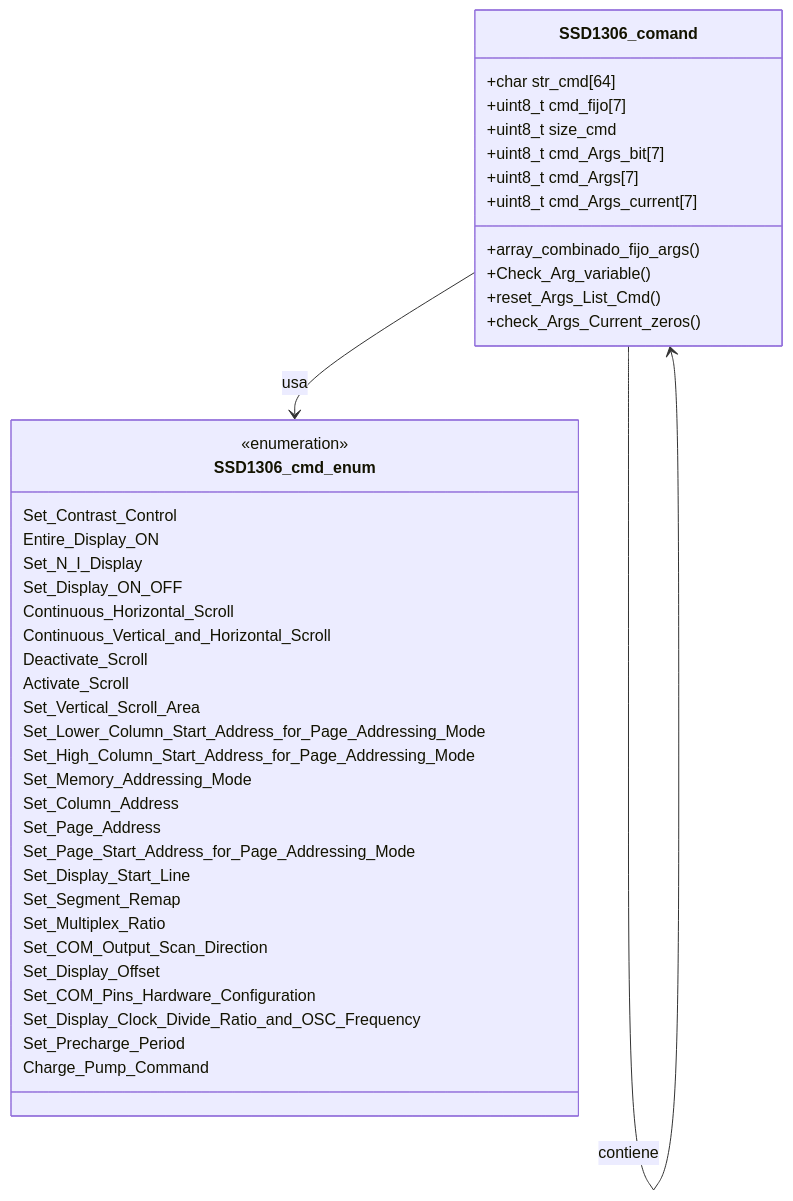
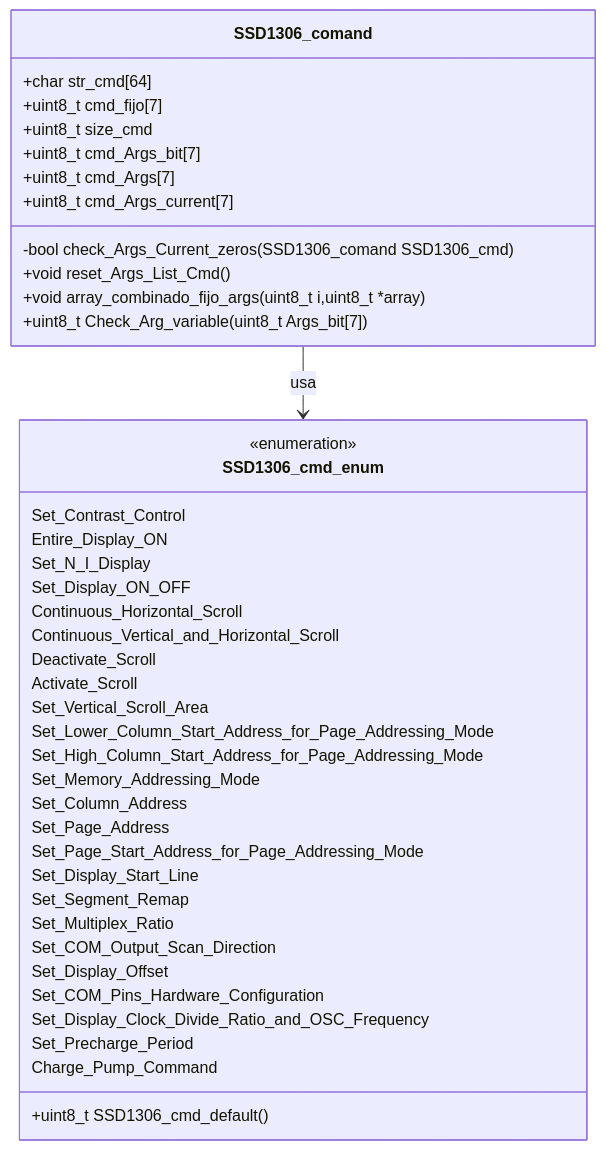
Before and after one commit to joseheriberto17/learn_C: the diagram in test_tarjeta_universal/classDiagram.mmd, drawn with Mermaid. The commit also changed other lines of this file and 6 other files, not shown here.

```diff
--- a/test_tarjeta_universal/classDiagram.mmd
+++ b/test_tarjeta_universal/classDiagram.mmd
@@ -1,44 +1,47 @@
 classDiagram
     class SSD1306_comand {
         +char str_cmd[64]
         +uint8_t cmd_fijo[7]
         +uint8_t size_cmd
         +uint8_t cmd_Args_bit[7]
         +uint8_t cmd_Args[7]
         +uint8_t cmd_Args_current[7]
-        +array_combinado_fijo_args()
-        +Check_Arg_variable()
-        +reset_Args_List_Cmd()
-        +check_Args_Current_zeros()
+
+        -bool check_Args_Current_zeros(SSD1306_comand SSD1306_cmd)
+        +void reset_Args_List_Cmd()
+        +void array_combinado_fijo_args(uint8_t i,uint8_t *array)
+        +uint8_t Check_Arg_variable(uint8_t Args_bit[7])
     }
 
     class SSD1306_cmd_enum {
         <<enumeration>>
         Set_Contrast_Control
         Entire_Display_ON
         Set_N_I_Display
         Set_Display_ON_OFF
         Continuous_Horizontal_Scroll
         Continuous_Vertical_and_Horizontal_Scroll
         Deactivate_Scroll
         Activate_Scroll
         Set_Vertical_Scroll_Area
         Set_Lower_Column_Start_Address_for_Page_Addressing_Mode
         Set_High_Column_Start_Address_for_Page_Addressing_Mode
         Set_Memory_Addressing_Mode
         Set_Column_Address
         Set_Page_Address
         Set_Page_Start_Address_for_Page_Addressing_Mode
         Set_Display_Start_Line
         Set_Segment_Remap
         Set_Multiplex_Ratio
         Set_COM_Output_Scan_Direction
         Set_Display_Offset
         Set_COM_Pins_Hardware_Configuration
         Set_Display_Clock_Divide_Ratio_and_OSC_Frequency
         Set_Precharge_Period
         Charge_Pump_Command
+        +uint8_t SSD1306_cmd_default()
     }
 
+    
+
     SSD1306_comand --> SSD1306_cmd_enum : usa
-    SSD1306_comand --> SSD1306_comand : contiene
```
